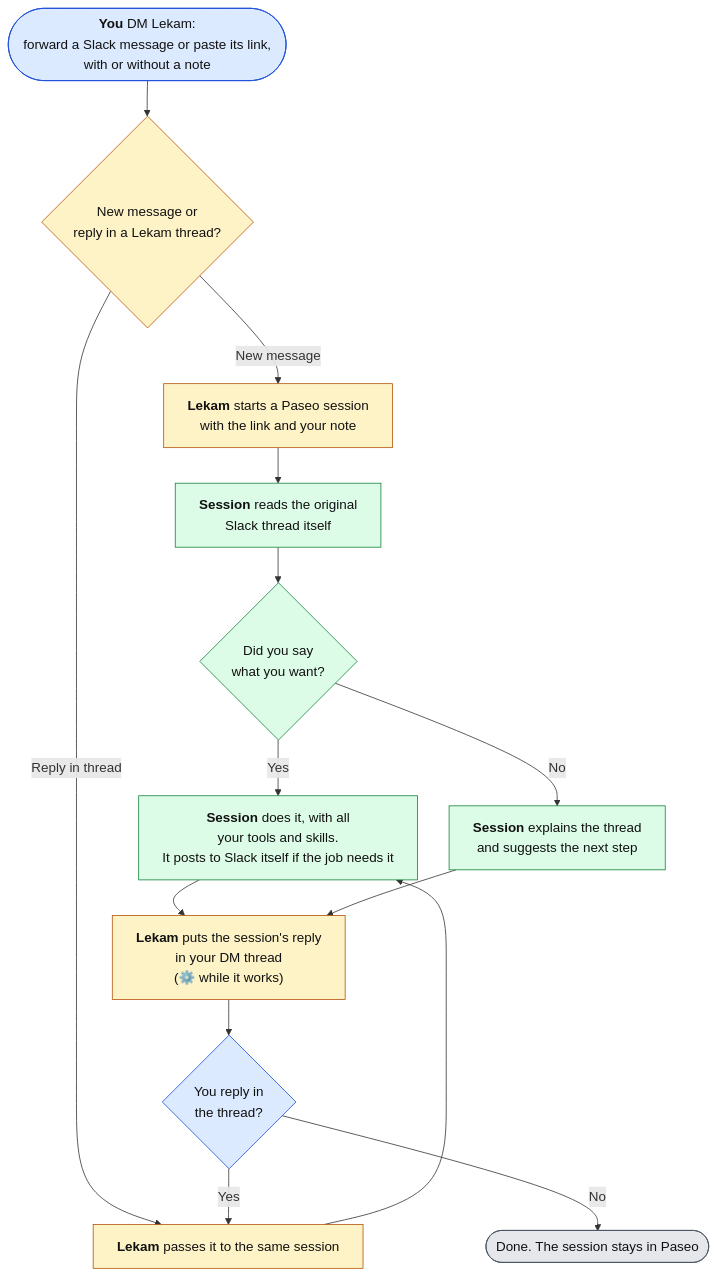
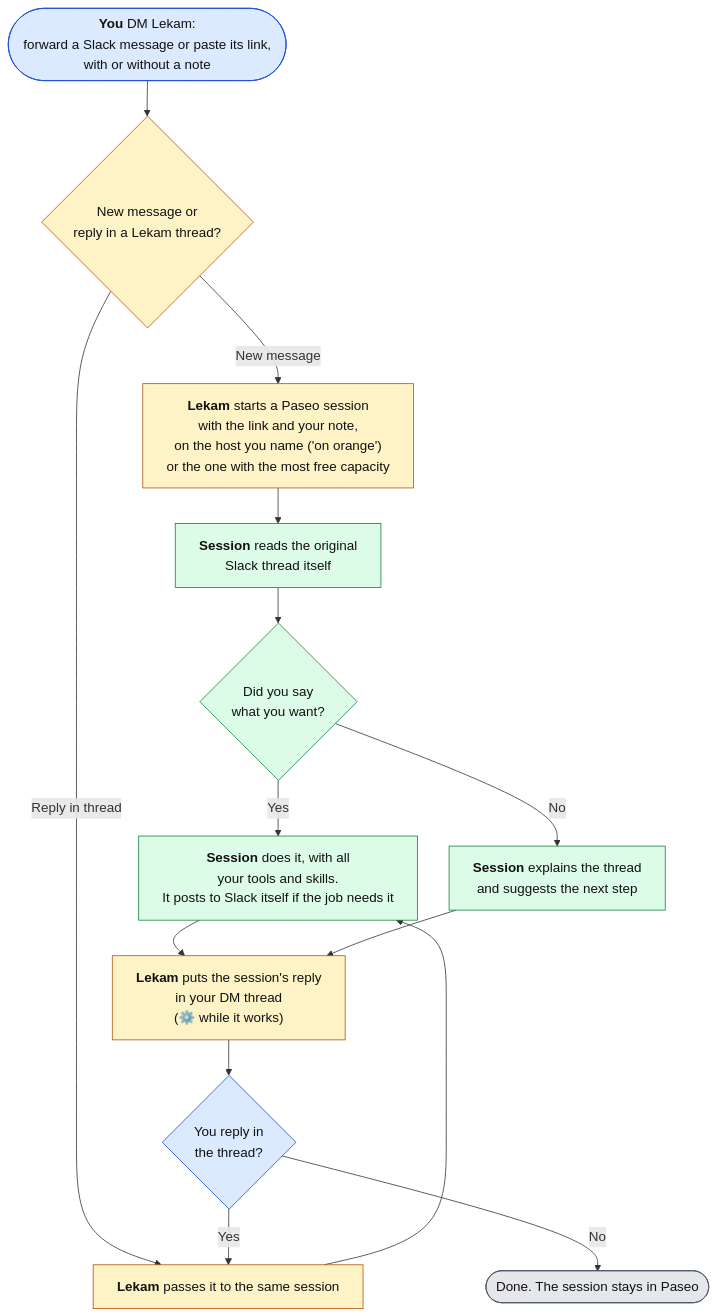
One commit to farajfarook/lekam changed the diagram in docs/flow.mmd. Above: the diagram before and after it, drawn with Mermaid. The commit also changed 8 other files, not shown here.

Commit message:
Sessions on banana or orange: a host named in the note wins, else the one with the most free capacity; replies find the session on any host

```diff
--- a/docs/flow.mmd
+++ b/docs/flow.mmd
@@ -1,27 +1,27 @@
 %%{init: {"flowchart": {"wrappingWidth": 320, "nodeSpacing": 40, "rankSpacing": 45}, "themeVariables": {"fontSize": "17px"}}}%%
 flowchart TD
     A(["<b>You</b> DM Lekam:<br/>forward a Slack message or paste its link,<br/>with or without a note"]) --> C{"New message or<br/>reply in a Lekam thread?"}
 
-    C -- "New message" --> D["<b>Lekam</b> starts a Paseo session<br/>with the link and your note"]
+    C -- "New message" --> D["<b>Lekam</b> starts a Paseo session<br/>with the link and your note,<br/>on the host you name ('on orange')<br/>or the one with the most free capacity"]
     D --> E["<b>Session</b> reads the original<br/>Slack thread itself"]
     E --> F{"Did you say<br/>what you want?"}
     F -- "Yes" --> G["<b>Session</b> does it, with all<br/>your tools and skills.<br/>It posts to Slack itself if the job needs it"]
     F -- "No" --> H["<b>Session</b> explains the thread<br/>and suggests the next step"]
 
     C -- "Reply in thread" --> R["<b>Lekam</b> passes it to the same session"]
     R --> G
 
     G --> K["<b>Lekam</b> puts the session's reply<br/>in your DM thread<br/>(⚙️ while it works)"]
     H --> K
     K --> M{"You reply in<br/>the thread?"}
     M -- "Yes" --> R
     M -- "No" --> Z(["Done. The session stays in Paseo"])
 
     classDef you fill:#dbeafe,stroke:#1d4ed8,color:#111;
     classDef lekam fill:#fef3c7,stroke:#b45309,color:#111;
     classDef session fill:#dcfce7,stroke:#15803d,color:#111;
     classDef done fill:#e5e7eb,stroke:#4b5563,color:#111;
     class A,M you;
     class C,D,R,K lekam;
     class E,F,G,H session;
     class Z done;
```
